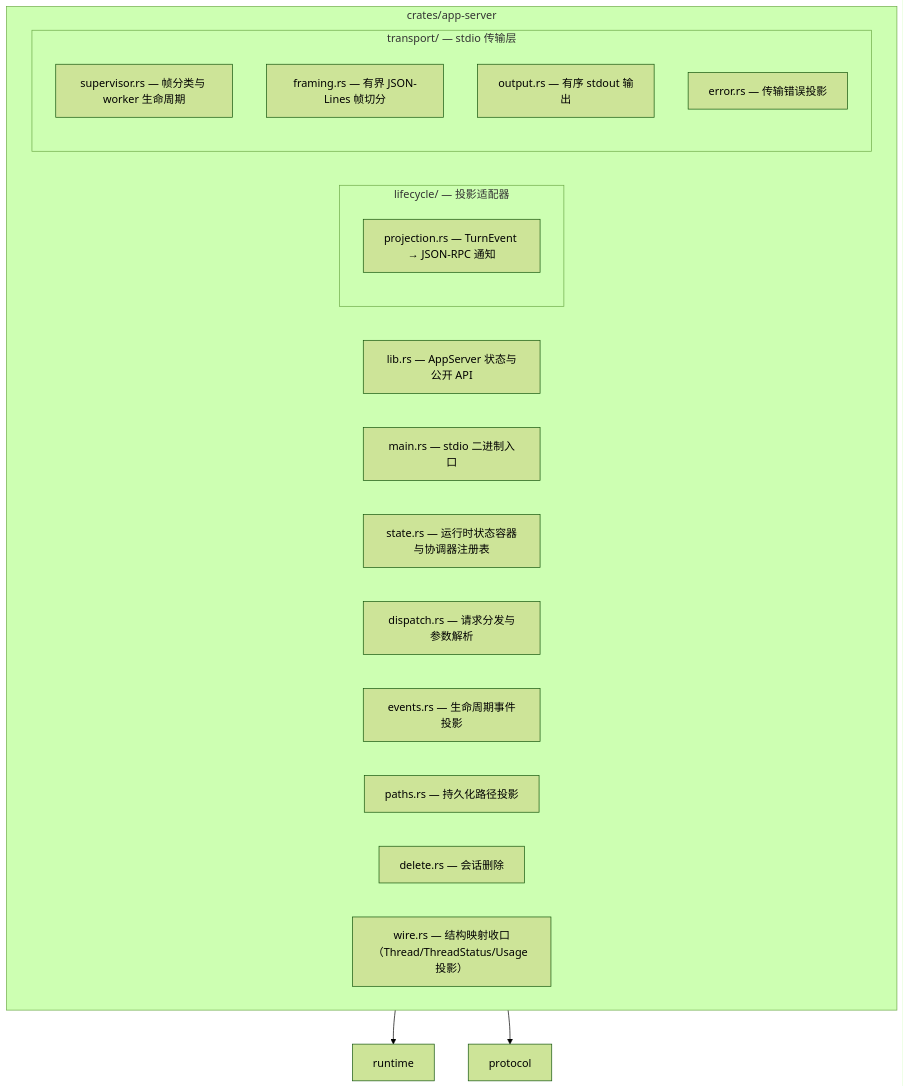
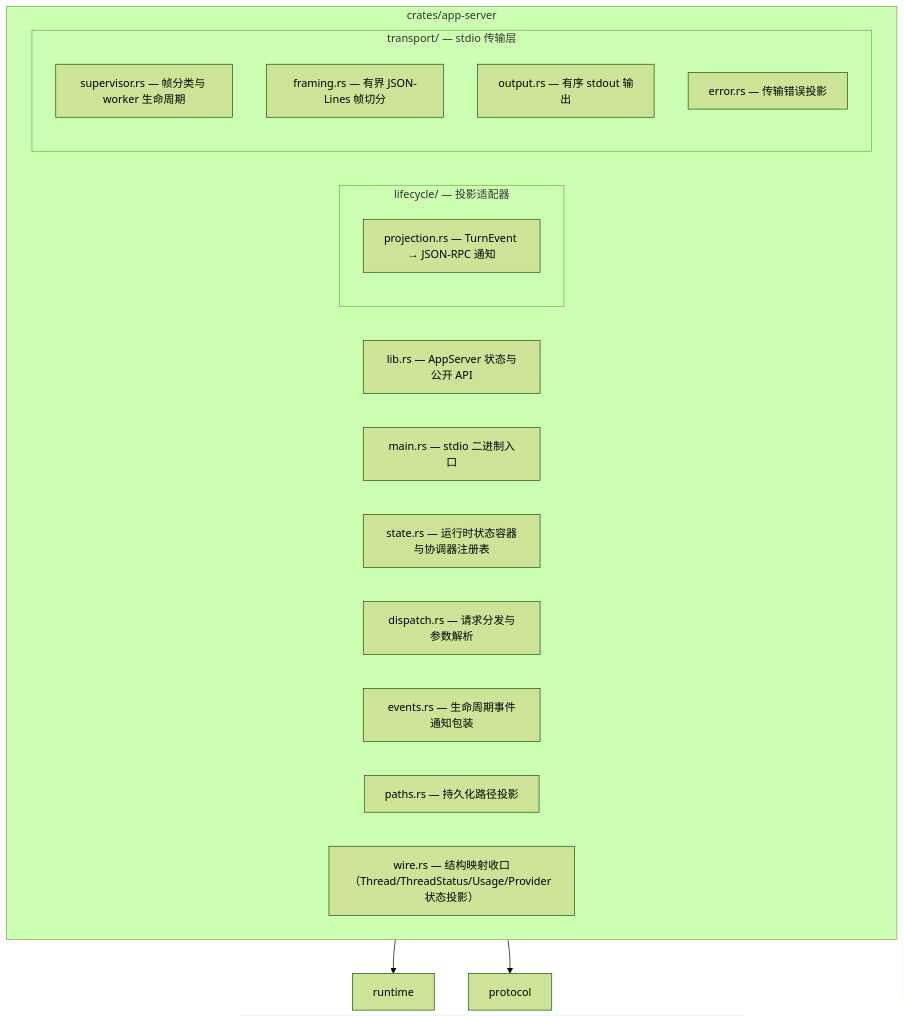
The ninth of 10 diagrams in docs/repository-map.md (qjcnmd/singularity-agent), drawn with Mermaid (forest theme) before and after one commit. The commit also changed other lines of this file and 22 other files, not shown here.

````diff
--- a/docs/repository-map.md
+++ b/docs/repository-map.md
@@ -216,24 +216,23 @@
 ```mermaid
 flowchart TD
     subgraph appserver["crates/app-server"]
         lib["lib.rs — AppServer 状态与公开 API"]
         main["main.rs — stdio 二进制入口"]
         state["state.rs — 运行时状态容器与协调器注册表"]
         dispatch["dispatch.rs — 请求分发与参数解析"]
-        events["events.rs — 生命周期事件投影"]
+        events["events.rs — 生命周期事件通知包装"]
         paths["paths.rs — 持久化路径投影"]
-        delete["delete.rs — 会话删除"]
-        wire["wire.rs — 结构映射收口（Thread/ThreadStatus/Usage 投影）"]
+        wire["wire.rs — 结构映射收口（Thread/ThreadStatus/Usage/Provider 状态投影）"]
         subgraph lifecycle["lifecycle/ — 投影适配器"]
             projection["projection.rs — TurnEvent → JSON-RPC 通知"]
         end
         subgraph transport["transport/ — stdio 传输层"]
             sup["supervisor.rs — 帧分类与 worker 生命周期"]
             framing["framing.rs — 有界 JSON-Lines 帧切分"]
             output["output.rs — 有序 stdout 输出"]
             terr["error.rs — 传输错误投影"]
         end
     end
     appserver --> runtime["runtime"]
     appserver --> protocol["protocol"]
 ```
````
